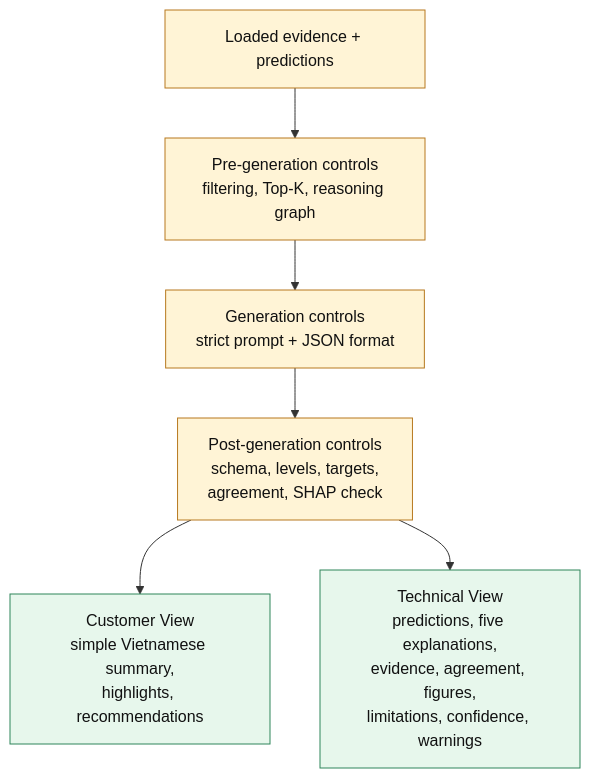
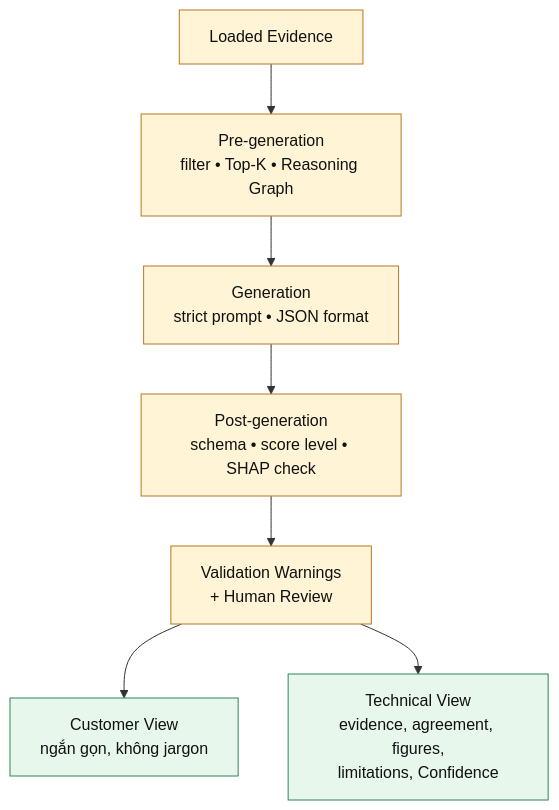
One commit to lechihoang/SE365 changed diagram 11 of 11 in xAI_AIagent_presentation_proposal.md. Above: the diagram before and after it, drawn with Mermaid. The commit also changed other lines of this file, not shown here.

````diff
--- a/xAI_AIagent_presentation_proposal.md
+++ b/xAI_AIagent_presentation_proposal.md
@@ -544,13 +596,14 @@
 ```mermaid
 flowchart TB
-    E["Loaded evidence + predictions"] --> G1["Pre-generation controls<br/>filtering, Top-K, reasoning graph"]
-    G1 --> G2["Generation controls<br/>strict prompt + JSON format"]
-    G2 --> G3["Post-generation controls<br/>schema, levels, targets,<br/>agreement, SHAP check"]
-    G3 --> CV["Customer View<br/>simple Vietnamese summary,<br/>highlights, recommendations"]
-    G3 --> TV["Technical View<br/>predictions, five explanations,<br/>evidence, agreement, figures,<br/>limitations, confidence, warnings"]
+    E["Loaded Evidence"] --> PRE["Pre-generation<br/>filter • Top-K • Reasoning Graph"]
+    PRE --> GEN["Generation<br/>strict prompt • JSON format"]
+    GEN --> POST["Post-generation<br/>schema • score level • SHAP check"]
+    POST --> W["Validation Warnings<br/>+ Human Review"]
+    W --> CV["Customer View<br/>ngắn gọn, không jargon"]
+    W --> TV["Technical View<br/>evidence, agreement, figures,<br/>limitations, Confidence"]
 
     classDef guard fill:#FFF4D6,stroke:#B7791F,color:#111;
     classDef output fill:#E7F7EC,stroke:#2F855A,color:#111;
-    class E,G1,G2,G3 guard;
+    class E,PRE,GEN,POST,W guard;
     class CV,TV output;
 ```
````
